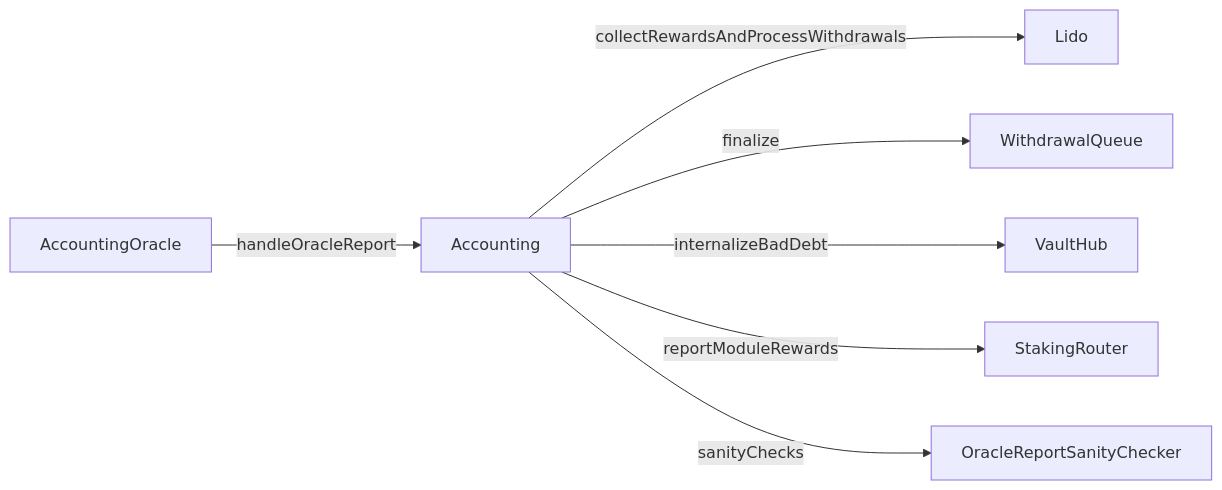
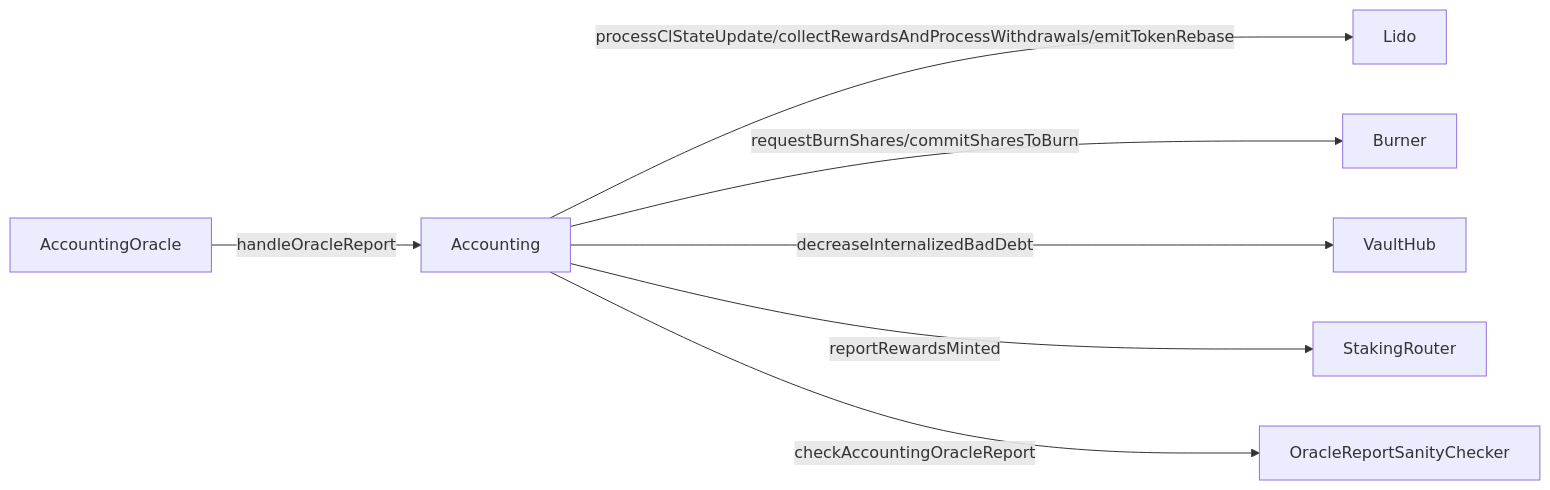
The diagram in docs/contracts/accounting.md (lidofinance/docs), drawn with Mermaid before and after one commit. The commit also changed other lines of this file and 6 other files, not shown here.

````diff
--- a/docs/contracts/accounting.md
+++ b/docs/contracts/accounting.md
@@ -30,9 +35,9 @@
 ```mermaid
 graph LR;
   AO[AccountingOracle]--handleOracleReport-->A[Accounting];
-  A--collectRewardsAndProcessWithdrawals-->L[Lido];
-  A--finalize-->WQ[WithdrawalQueue];
-  A--internalizeBadDebt-->VH[VaultHub];
-  A--reportModuleRewards-->SR[StakingRouter];
-  A--sanityChecks-->SC[OracleReportSanityChecker];
+  A--processClStateUpdate/collectRewardsAndProcessWithdrawals/emitTokenRebase-->L[Lido];
+  A--requestBurnShares/commitSharesToBurn-->B[Burner];
+  A--decreaseInternalizedBadDebt-->VH[VaultHub];
+  A--reportRewardsMinted-->SR[StakingRouter];
+  A--checkAccountingOracleReport-->SC[OracleReportSanityChecker];
 ```
````
